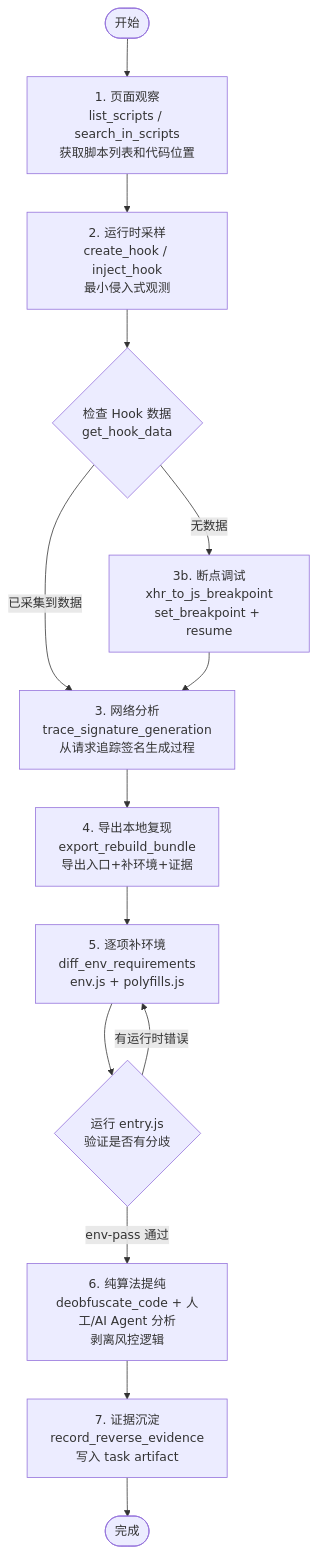
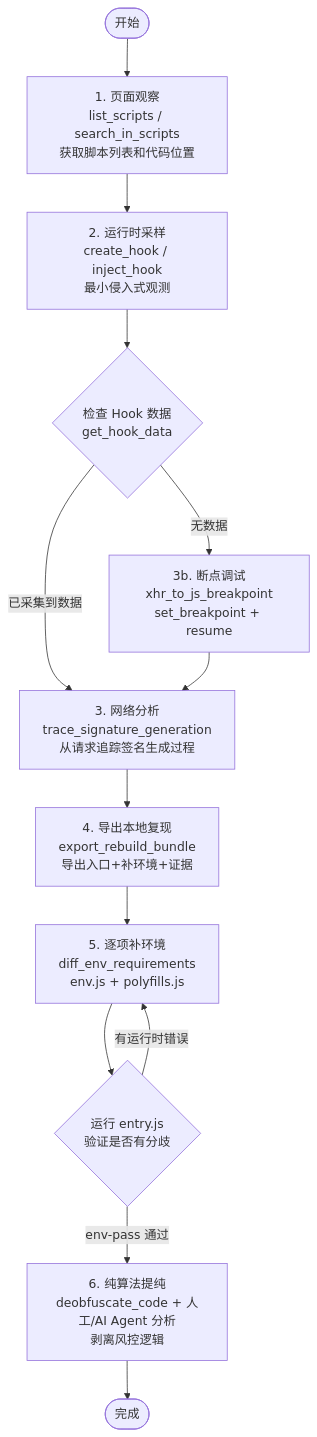
Before and after one commit to ruoxhub/browsercli: the third of 3 diagrams in README.md, drawn with Mermaid. The commit also changed other lines of this file and 398 other files, not shown here.

````diff
--- a/README.md
+++ b/README.md
@@ -654,16 +647,15 @@
 ```mermaid
 flowchart TB
     START([开始]) --> OBSERVE[1. 页面观察<br/>list_scripts / search_in_scripts<br/>获取脚本列表和代码位置]
     OBSERVE --> HOOK[2. 运行时采样<br/>create_hook / inject_hook<br/>最小侵入式观测]
     HOOK --> CHECK_HOOK{检查 Hook 数据<br/>get_hook_data}
     CHECK_HOOK -->|已采集到数据| NETWORK[3. 网络分析<br/>trace_signature_generation<br/>从请求追踪签名生成过程]
     CHECK_HOOK -->|无数据| DEBUG[3b. 断点调试<br/>xhr_to_js_breakpoint<br/>set_breakpoint + resume]
     DEBUG --> NETWORK
     NETWORK --> EXPORT[4. 导出本地复现<br/>export_rebuild_bundle<br/>导出入口+补环境+证据]
     EXPORT --> ENV[5. 逐项补环境<br/>diff_env_requirements<br/>env.js + polyfills.js]
     ENV --> VERIFY{运行 entry.js<br/>验证是否有分歧}
     VERIFY -->|有运行时错误| ENV
     VERIFY -->|env-pass 通过| PURE[6. 纯算法提纯<br/>deobfuscate_code + 人工/AI Agent 分析<br/>剥离风控逻辑]
-    PURE --> EVIDENCE[7. 证据沉淀<br/>record_reverse_evidence<br/>写入 task artifact]
-    EVIDENCE --> DONE([完成])
+    PURE --> DONE([完成])
 ```
````
